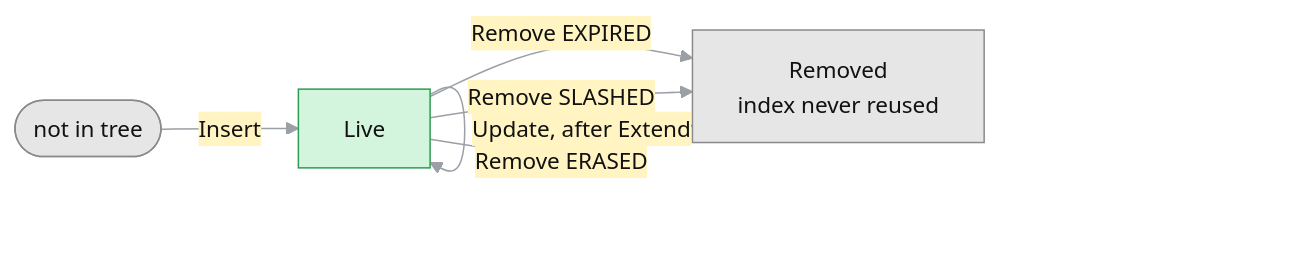
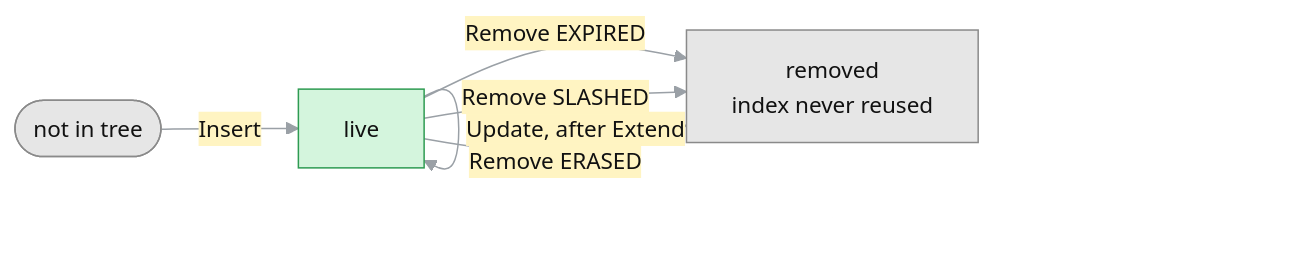
One commit to logos-co/logos-rln-membership-zone changed the fourth of 8 diagrams in docs/rfc-rln-membership-zone.md. Above: the diagram before and after it, drawn with Mermaid. The commit also changed other lines of this file, not shown here.

````diff
--- a/docs/rfc-rln-membership-zone.md
+++ b/docs/rfc-rln-membership-zone.md
@@ -436,14 +468,14 @@
 ```mermaid
 %%{init: {"theme": "base", "themeVariables": {"lineColor": "#9aa0a6", "primaryTextColor": "#111111", "edgeLabelBackground": "#fff4c2", "fontSize": "15px"}}}%%
 flowchart LR
-    ABS(["not in tree"]) -->|"Insert"| LIVE["Live"]
+    ABS(["not in tree"]) -->|"Insert"| LIVE["live"]
     LIVE -->|"Update, after Extend"| LIVE
-    LIVE -->|"Remove EXPIRED"| REM["Removed<br/>index never reused"]
+    LIVE -->|"Remove EXPIRED"| REM["removed<br/>index never reused"]
     LIVE -->|"Remove SLASHED"| REM
     LIVE -->|"Remove ERASED"| REM
 
     classDef live fill:#d4f5dd,stroke:#2e9b52,color:#111111
     classDef done fill:#e6e6e6,stroke:#8a8a8a,color:#111111
     class ABS,REM done
     class LIVE live
 ```
````
